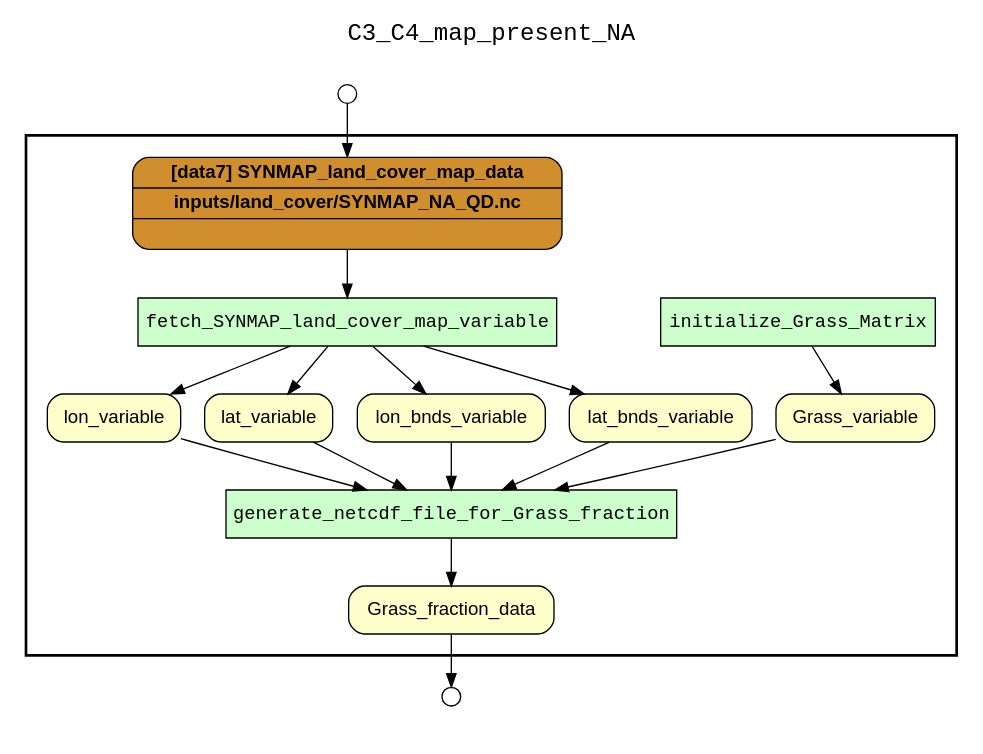
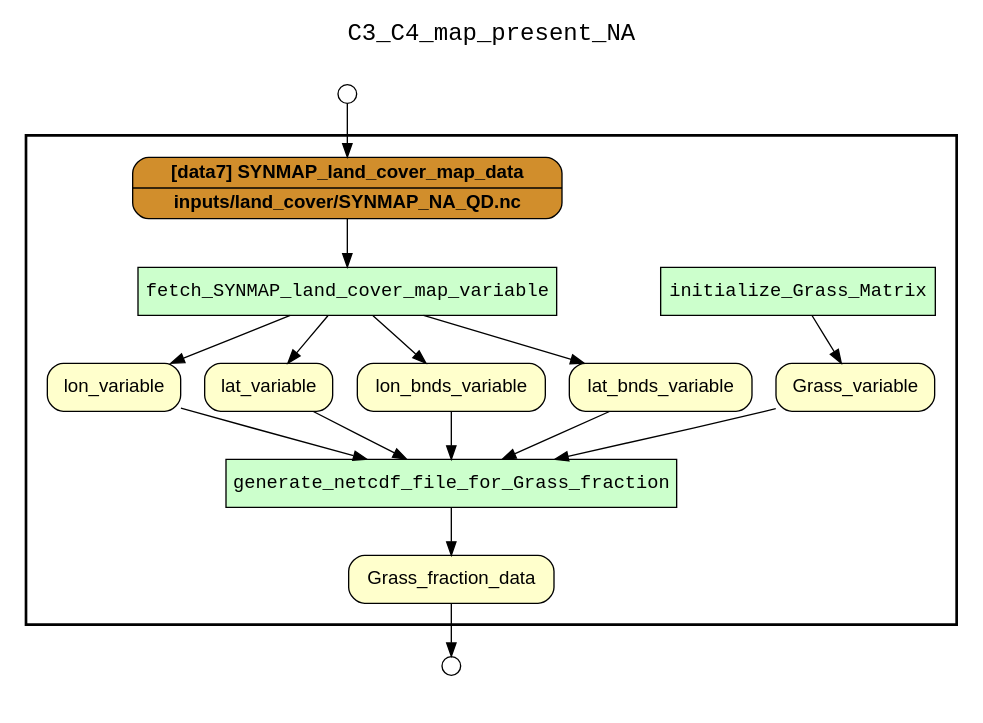
The diagram in C3C4/results/wf_recon_upstream_of_Grass_fraction_data.gv (idaks/dataone-ahm-2016-poster), drawn with Graphviz before and after one commit. The commit also changed 12 other files, not shown here.

```diff
--- a/C3C4/results/wf_recon_upstream_of_Grass_fraction_data.gv
+++ b/C3C4/results/wf_recon_upstream_of_Grass_fraction_data.gv
@@ -1,48 +1,49 @@
 
 digraph yw_data_view {
 rankdir=TB
 fontname=Courier; fontsize=18; labelloc=t
 label="C3_C4_map_present_NA"
 subgraph cluster_workflow { label=""; color=black; penwidth=2
 subgraph cluster_workflow_inner { label=""; color=white
 node[shape=box style="filled" fillcolor="#CCFFCC" peripheries=1 fontname=Courier]
 initialize_Grass_Matrix
 fetch_SYNMAP_land_cover_map_variable
 generate_netcdf_file_for_Grass_fraction
 node[shape=box style="filled" fillcolor="#CCFFCC" peripheries=1 fontname=Courier]
 node[shape=box style="rounded,filled" fillcolor="#FFFFCC" peripheries=1 fontname=Helvetica]
 lon_variable
 lat_variable
 lon_bnds_variable
 lat_bnds_variable
 Grass_variable
 Grass_fraction_data
 node[shape=box style="rounded,filled" fillcolor="#D18E2C" peripheries=1 fontname="Helvetica-Bold"]
-SYNMAP_land_cover_map_data[shape=record rankdir=LR label="{<f0> [data7] SYNMAP_land_cover_map_data |<f1>inputs/land_cover/SYNMAP_NA_QD.nc|}"]
+SYNMAP_land_cover_map_data[shape=record rankdir=LR label="{<f0> [data7] SYNMAP_land_cover_map_data |<f1>inputs/land_cover/SYNMAP_NA_QD.nc
+}"]
 node[shape=box style="rounded,filled" fillcolor="#FFFFFF" peripheries=1 fontname=Helvetica]
 }}
 subgraph cluster_inflows { label=""; color=white; penwidth=2
 subgraph cluster_inflows_inner { label=""; color=white
 node[shape=circle fillcolor="#FFFFFF" peripheries=1 width=0.2]
 SYNMAP_land_cover_map_data_inflow [label=""]
 }}
 subgraph cluster_outflows { label=""; color=white; penwidth=2
 subgraph cluster_outflows_inner { label=""; color=white
 node[shape=circle fillcolor="#FFFFFF" peripheries=1 width=0.2]
 Grass_fraction_data_outflow [label=""]
 }}
 Grass_variable -> generate_netcdf_file_for_Grass_fraction
 lat_bnds_variable -> generate_netcdf_file_for_Grass_fraction
 lon_bnds_variable -> generate_netcdf_file_for_Grass_fraction
 lat_variable -> generate_netcdf_file_for_Grass_fraction
 lon_variable -> generate_netcdf_file_for_Grass_fraction
 SYNMAP_land_cover_map_data -> fetch_SYNMAP_land_cover_map_variable
 fetch_SYNMAP_land_cover_map_variable -> lon_variable
 fetch_SYNMAP_land_cover_map_variable -> lat_variable
 fetch_SYNMAP_land_cover_map_variable -> lon_bnds_variable
 fetch_SYNMAP_land_cover_map_variable -> lat_bnds_variable
 initialize_Grass_Matrix -> Grass_variable
 generate_netcdf_file_for_Grass_fraction -> Grass_fraction_data
 SYNMAP_land_cover_map_data_inflow -> SYNMAP_land_cover_map_data
 Grass_fraction_data -> Grass_fraction_data_outflow
 }
```
